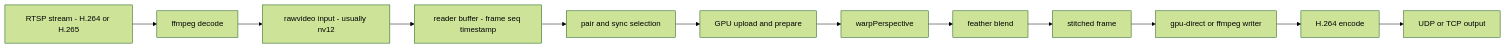
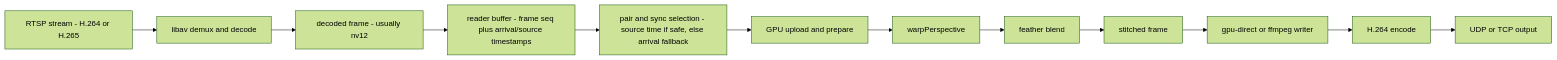
One commit to prk7048/Hogak_Stitching changed the fourth of 5 diagrams in reports/08_runtime_architecture_diagrams.md. Above: the diagram before and after it, drawn with Mermaid (forest theme). The commit also changed other lines of this file and 10 other files, not shown here.

````diff
--- a/reports/08_runtime_architecture_diagrams.md
+++ b/reports/08_runtime_architecture_diagrams.md
@@ -156,14 +156,14 @@
 ```mermaid
 flowchart LR
-    A["RTSP stream - H.264 or H.265"] --> B["ffmpeg decode"]
-    B --> C["rawvideo input - usually nv12"]
-    C --> D["reader buffer - frame seq timestamp"]
-    D --> E["pair and sync selection"]
+    A["RTSP stream - H.264 or H.265"] --> B["libav demux and decode"]
+    B --> C["decoded frame - usually nv12"]
+    C --> D["reader buffer - frame seq plus arrival/source timestamps"]
+    D --> E["pair and sync selection - source time if safe, else arrival fallback"]
     E --> F["GPU upload and prepare"]
     F --> G["warpPerspective"]
     G --> H["feather blend"]
     H --> I["stitched frame"]
     I --> J["gpu-direct or ffmpeg writer"]
     J --> K["H.264 encode"]
     K --> L["UDP or TCP output"]
 ```
````
